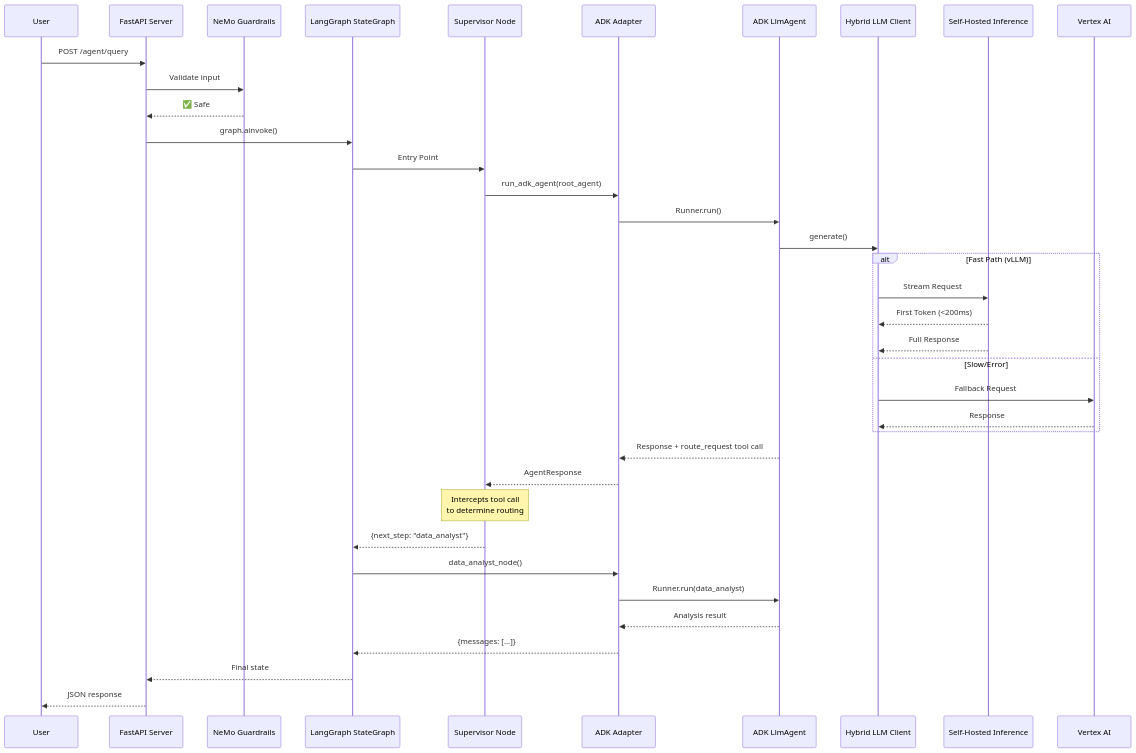
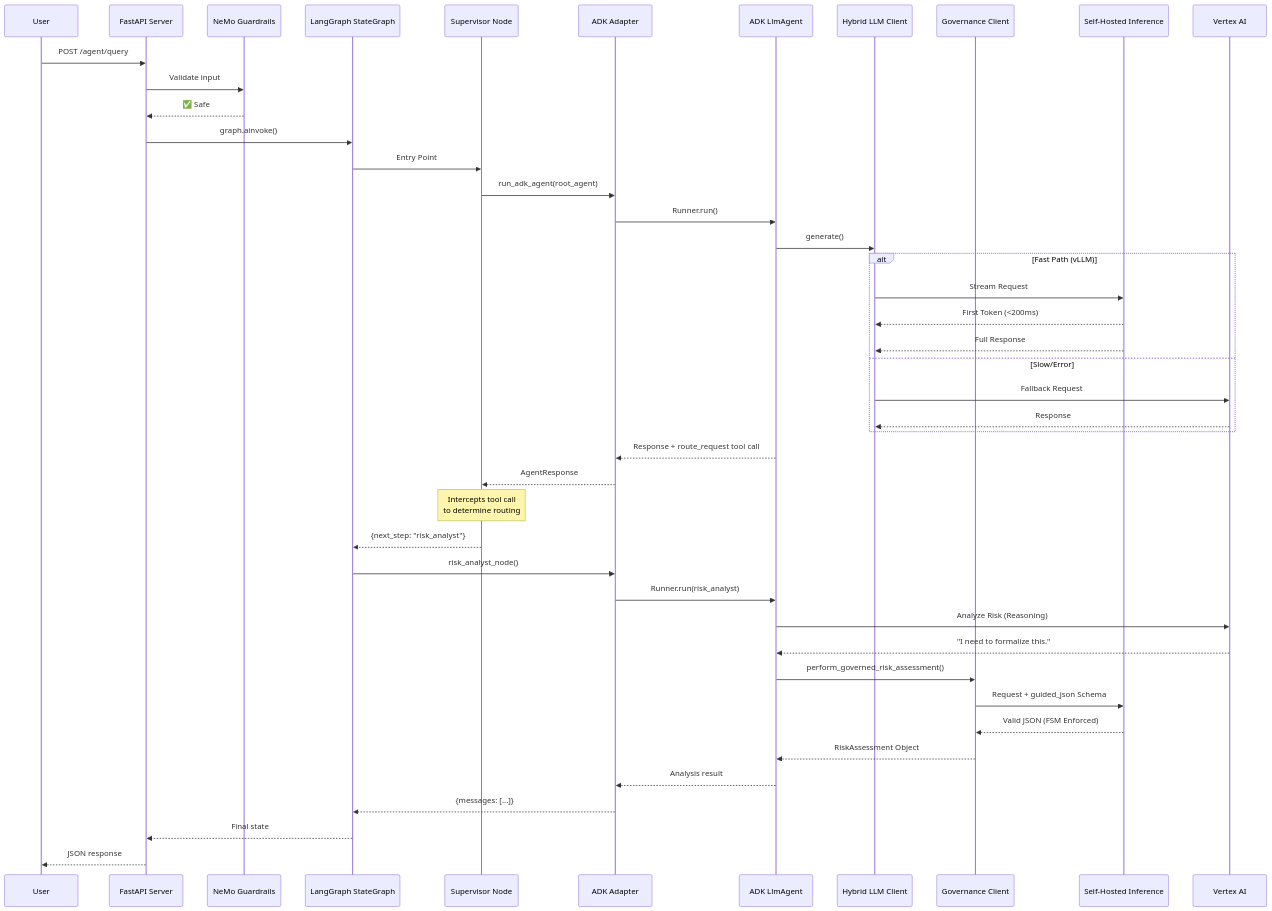
One commit to lahlfors/cybernetic-governance-engine changed the first of 2 diagrams in ARCHITECTURE.md. Above: the diagram before and after it, drawn with Mermaid. The commit also changed other lines of this file and 3 other files, not shown here.

Commit message:
Refactor GovernanceClient to support sync execution for tools.

````diff
--- a/ARCHITECTURE.md
+++ b/ARCHITECTURE.md
@@ -56,46 +66,53 @@
 ```mermaid
 sequenceDiagram
     participant User
     participant Server as FastAPI Server
     participant NeMo as NeMo Guardrails
     participant Graph as LangGraph StateGraph
     participant Supervisor as Supervisor Node
     participant Adapter as ADK Adapter
     participant Agent as ADK LlmAgent
     participant HybridClient as Hybrid LLM Client
+    participant GovernanceClient as Governance Client
     participant vLLM as Self-Hosted Inference
     participant Vertex as Vertex AI
 
     User->>Server: POST /agent/query
     Server->>NeMo: Validate input
     NeMo-->>Server: ✅ Safe
     Server->>Graph: graph.ainvoke()
     
     Graph->>Supervisor: Entry Point
     Supervisor->>Adapter: run_adk_agent(root_agent)
     Adapter->>Agent: Runner.run()
     Agent->>HybridClient: generate()
 
     alt Fast Path (vLLM)
         HybridClient->>vLLM: Stream Request
         vLLM-->>HybridClient: First Token (<200ms)
         vLLM-->>HybridClient: Full Response
     else Slow/Error
         HybridClient->>Vertex: Fallback Request
         Vertex-->>HybridClient: Response
     end
 
     Agent-->>Adapter: Response + route_request tool call
     Adapter-->>Supervisor: AgentResponse
     
     Note over Supervisor: Intercepts tool call<br/>to determine routing
     
-    Supervisor-->>Graph: {next_step: "data_analyst"}
-    Graph->>Adapter: data_analyst_node()
-    Adapter->>Agent: Runner.run(data_analyst)
+    Supervisor-->>Graph: {next_step: "risk_analyst"}
+    Graph->>Adapter: risk_analyst_node()
+    Adapter->>Agent: Runner.run(risk_analyst)
+    Agent->>Vertex: Analyze Risk (Reasoning)
+    Vertex-->>Agent: "I need to formalize this."
+    Agent->>GovernanceClient: perform_governed_risk_assessment()
+    GovernanceClient->>vLLM: Request + guided_json Schema
+    vLLM-->>GovernanceClient: Valid JSON (FSM Enforced)
+    GovernanceClient-->>Agent: RiskAssessment Object
     Agent-->>Adapter: Analysis result
     Adapter-->>Graph: {messages: [...]}
     
     Graph-->>Server: Final state
     Server-->>User: JSON response
 ```
````
